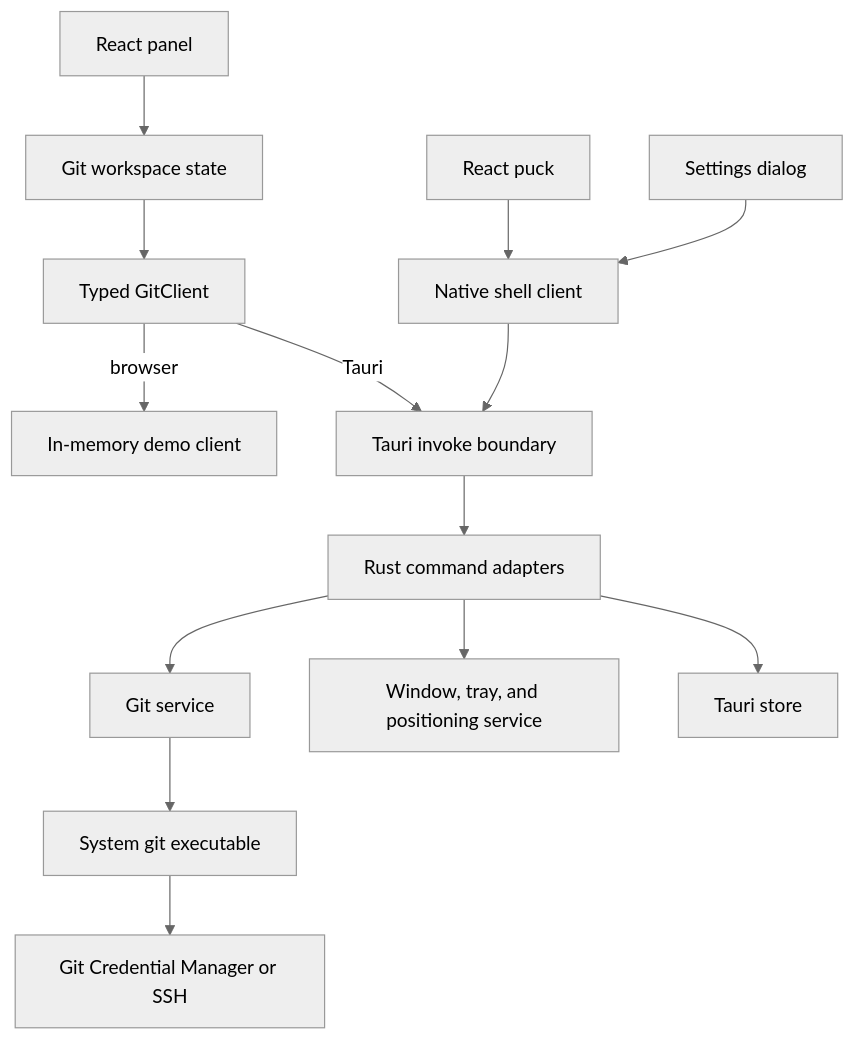
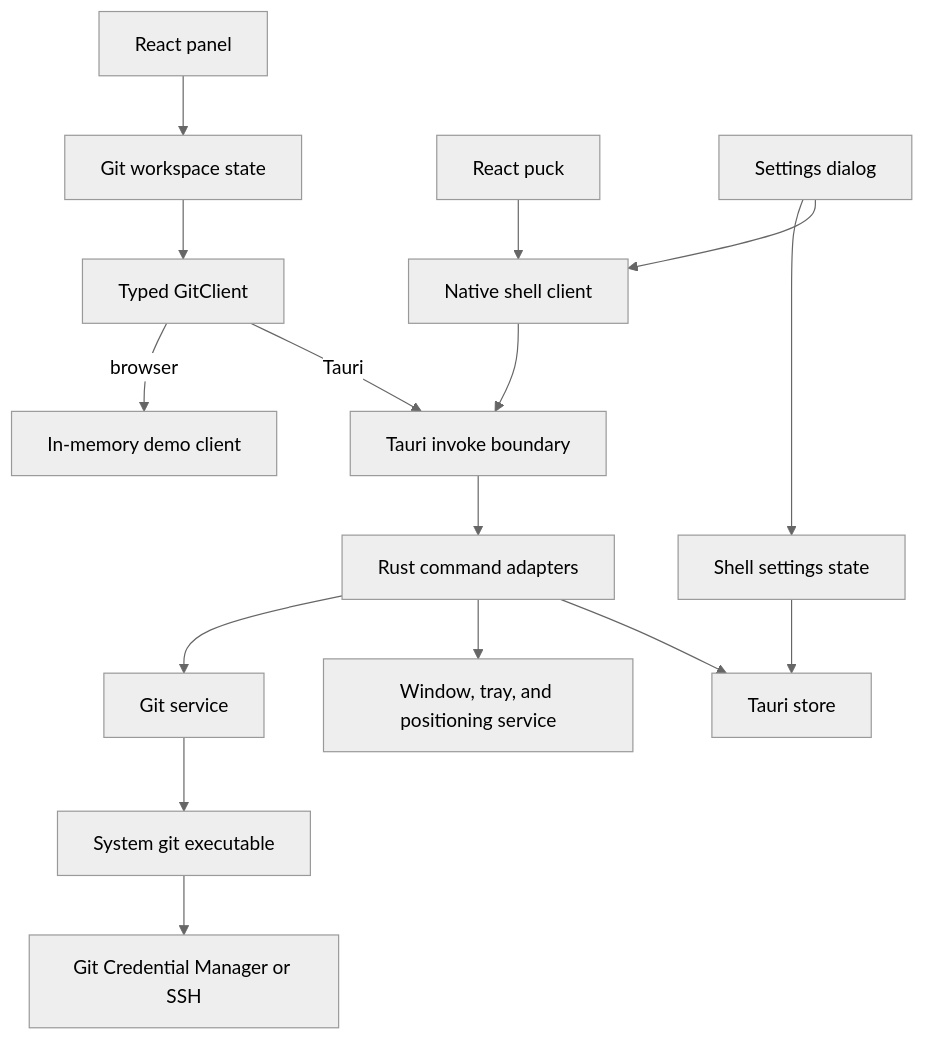
One commit to YYchainsAw/RepoPuck changed the first of 2 diagrams in docs/architecture.md. Above: the diagram before and after it, drawn with Mermaid (neutral theme). The commit also changed other lines of this file and 4 other files, not shown here.

````diff
--- a/docs/architecture.md
+++ b/docs/architecture.md
@@ -7,16 +7,18 @@
 ```mermaid
 flowchart TD
     Panel["React panel"] --> Workspace["Git workspace state"]
     Puck["React puck"] --> NativeClient["Native shell client"]
-    Settings["Settings dialog"] --> NativeClient
+    Settings["Settings dialog"] --> ShellSettings["Shell settings state"]
+    Settings --> NativeClient
     Workspace --> GitClient["Typed GitClient"]
     GitClient -->|"browser"| Demo["In-memory demo client"]
     GitClient -->|"Tauri"| Invoke["Tauri invoke boundary"]
     NativeClient --> Invoke
+    ShellSettings --> Store["Tauri store"]
     Invoke --> Commands["Rust command adapters"]
     Commands --> GitService["Git service"]
     Commands --> Windowing["Window, tray, and positioning service"]
-    Commands --> Store["Tauri store"]
+    Commands --> Store
     GitService --> Git["System git executable"]
     Git --> Auth["Git Credential Manager or SSH"]
 ```
````
